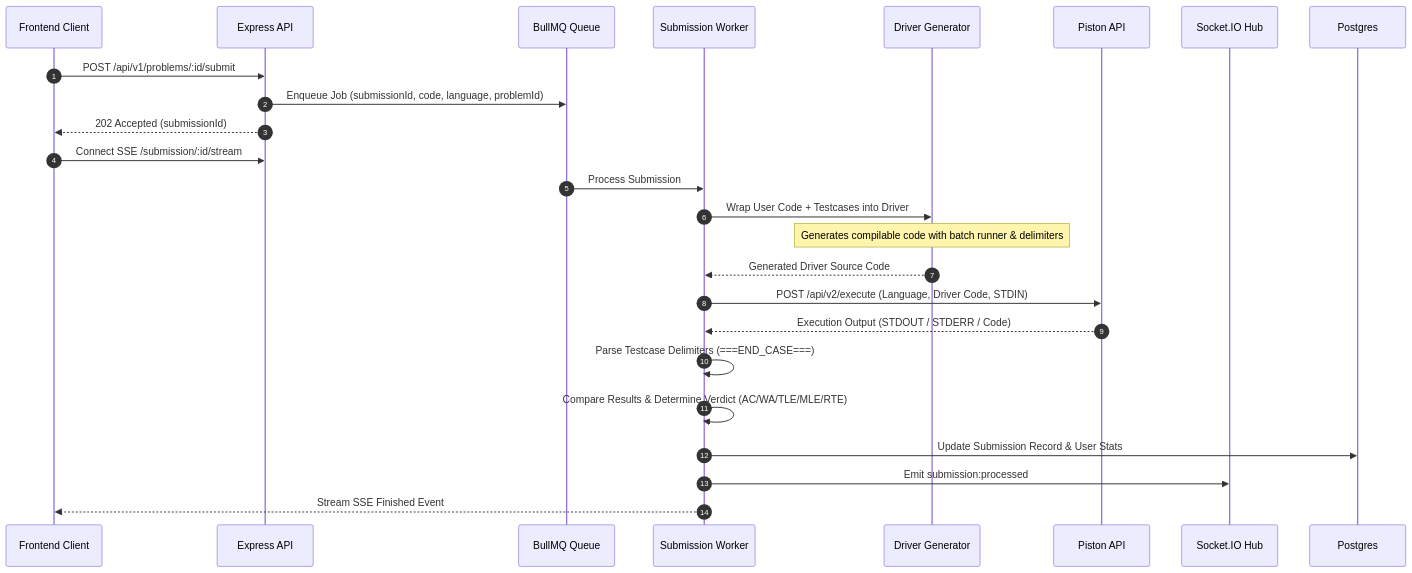
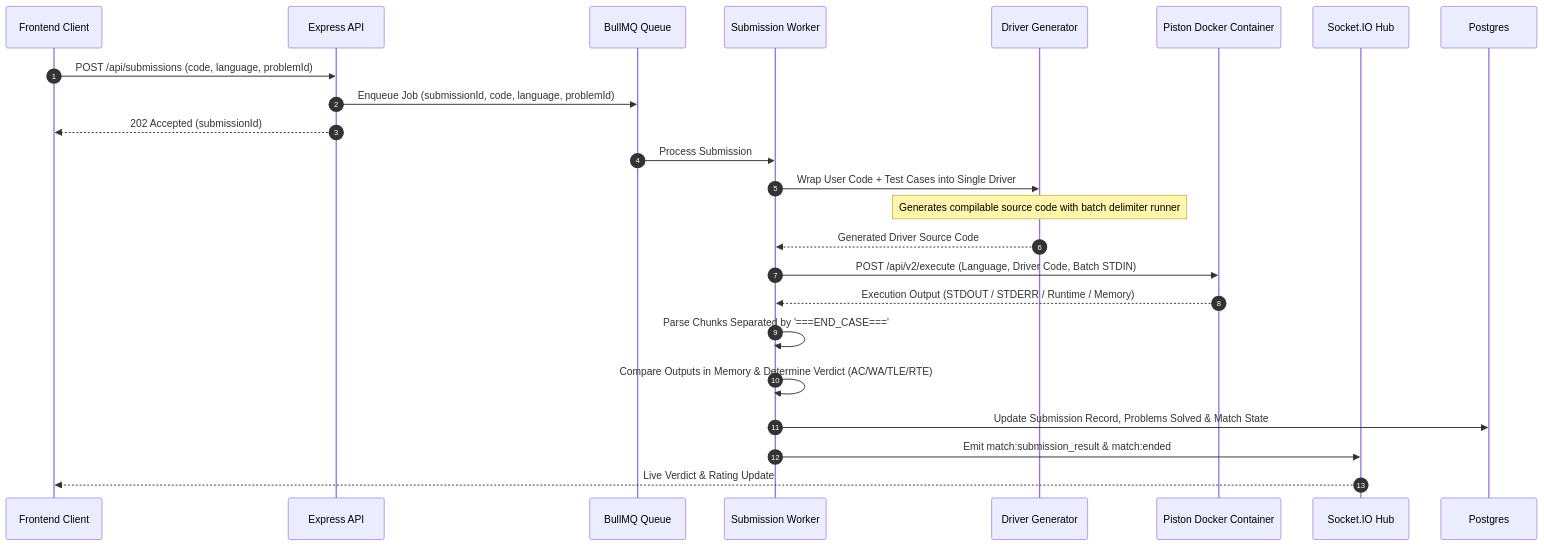
Before and after one commit to Amar2502/CodeRival: the second of 4 diagrams in README.md, drawn with Mermaid. The commit also changed other lines of this file and 2 other files, not shown here.

````diff
--- a/README.md
+++ b/README.md
@@ -190,29 +194,28 @@
 ```mermaid
 sequenceDiagram
     autonumber
     participant Client as Frontend Client
     participant API as Express API
     participant Queue as BullMQ Queue
     participant Worker as Submission Worker
     participant Driver as Driver Generator
-    participant Piston as Piston API
+    participant Piston as Piston Docker Container
     participant Socket as Socket.IO Hub
 
-    Client->>API: POST /api/v1/problems/:id/submit
+    Client->>API: POST /api/submissions (code, language, problemId)
     API->>Queue: Enqueue Job (submissionId, code, language, problemId)
     API-->>Client: 202 Accepted (submissionId)
-    Client->>API: Connect SSE /submission/:id/stream
     
     Queue->>Worker: Process Submission
-    Worker->>Driver: Wrap User Code + Testcases into Driver
-    Note over Driver: Generates compilable code with batch runner & delimiters
+    Worker->>Driver: Wrap User Code + Test Cases into Single Driver
+    Note over Driver: Generates compilable source code with batch delimiter runner
     Driver-->>Worker: Generated Driver Source Code
-    Worker->>Piston: POST /api/v2/execute (Language, Driver Code, STDIN)
-    Piston-->>Worker: Execution Output (STDOUT / STDERR / Code)
+    Worker->>Piston: POST /api/v2/execute (Language, Driver Code, Batch STDIN)
+    Piston-->>Worker: Execution Output (STDOUT / STDERR / Runtime / Memory)
     
-    Worker->>Worker: Parse Testcase Delimiters (===END_CASE===)
-    Worker->>Worker: Compare Results & Determine Verdict (AC/WA/TLE/MLE/RTE)
-    Worker->>Postgres: Update Submission Record & User Stats
-    Worker->>Socket: Emit submission:processed
-    Worker-->>Client: Stream SSE Finished Event
+    Worker->>Worker: Parse Chunks Separated by '===END_CASE==='
+    Worker->>Worker: Compare Outputs in Memory & Determine Verdict (AC/WA/TLE/RTE)
+    Worker->>Postgres: Update Submission Record, Problems Solved & Match State
+    Worker->>Socket: Emit match:submission_result & match:ended
+    Socket-->>Client: Live Verdict & Rating Update
 ```
````
